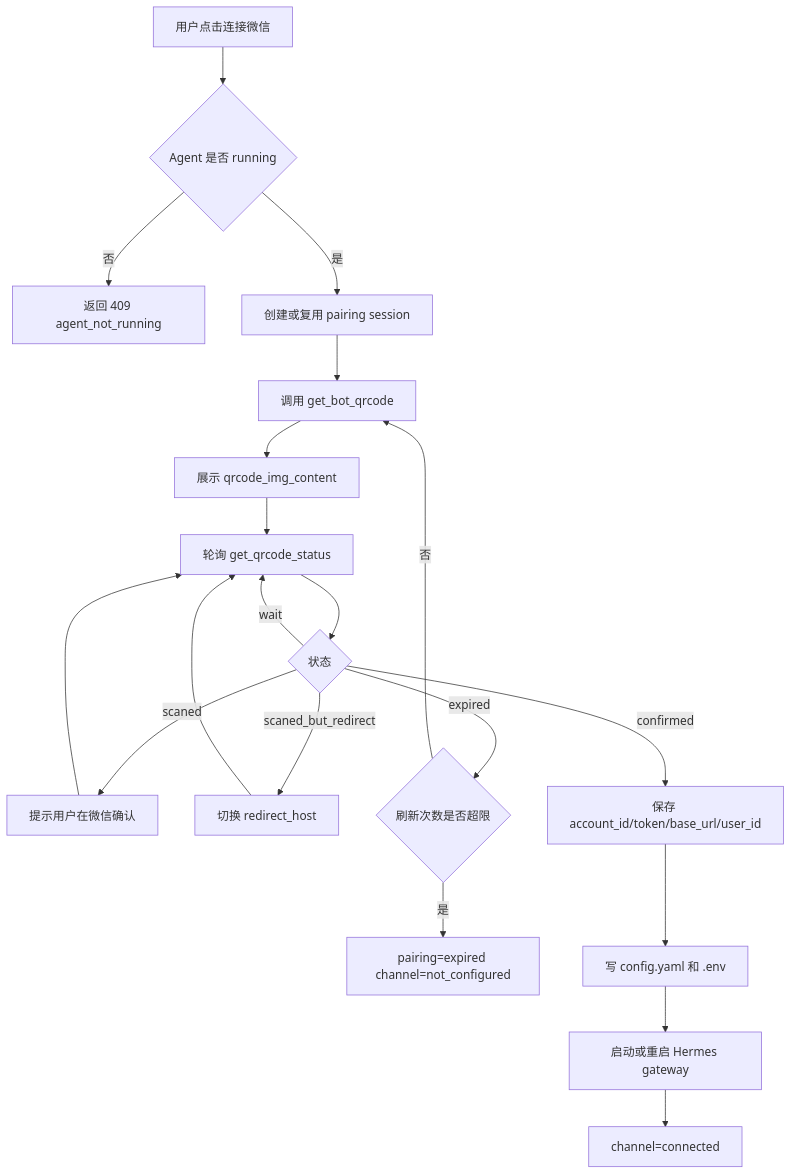
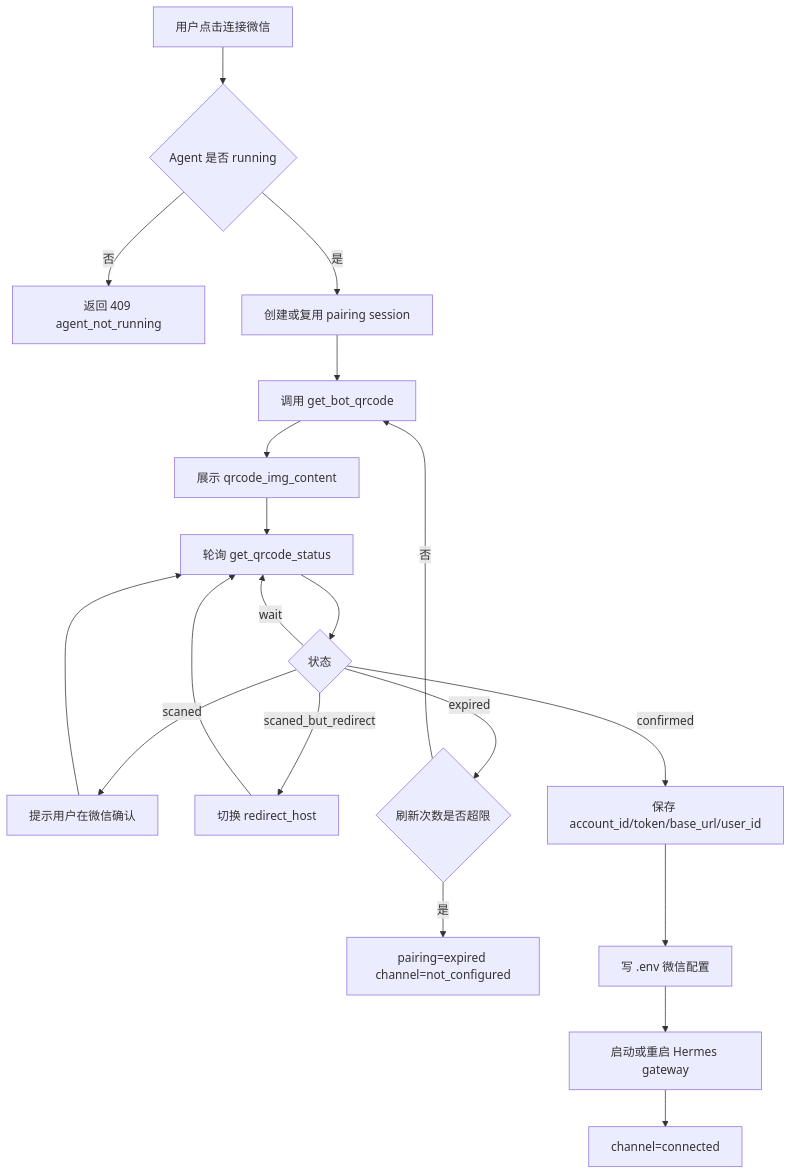
The third of 3 diagrams in docs/superpowers/specs/2026-06-12-agentforge-mvp-design.md (tenqaz/agentForge), drawn with Mermaid before and after one commit. The commit also changed other lines of this file, not shown here.

````diff
--- a/docs/superpowers/specs/2026-06-12-agentforge-mvp-design.md
+++ b/docs/superpowers/specs/2026-06-12-agentforge-mvp-design.md
@@ -541,22 +564,22 @@
 ```mermaid
 flowchart TD
     A[用户点击连接微信] --> B{Agent 是否 running}
     B -- 否 --> C[返回 409 agent_not_running]
     B -- 是 --> D[创建或复用 pairing session]
     D --> E[调用 get_bot_qrcode]
     E --> F[展示 qrcode_img_content]
     F --> G[轮询 get_qrcode_status]
     G --> H{状态}
     H -- wait --> G
     H -- scaned --> I[提示用户在微信确认]
     I --> G
     H -- scaned_but_redirect --> J[切换 redirect_host]
     J --> G
     H -- expired --> K{刷新次数是否超限}
     K -- 否 --> E
     K -- 是 --> L[pairing=expired channel=not_configured]
     H -- confirmed --> M[保存 account_id/token/base_url/user_id]
-    M --> N[写 config.yaml 和 .env]
+    M --> N[写 .env 微信配置]
     N --> O[启动或重启 Hermes gateway]
     O --> P[channel=connected]
 ```
````
